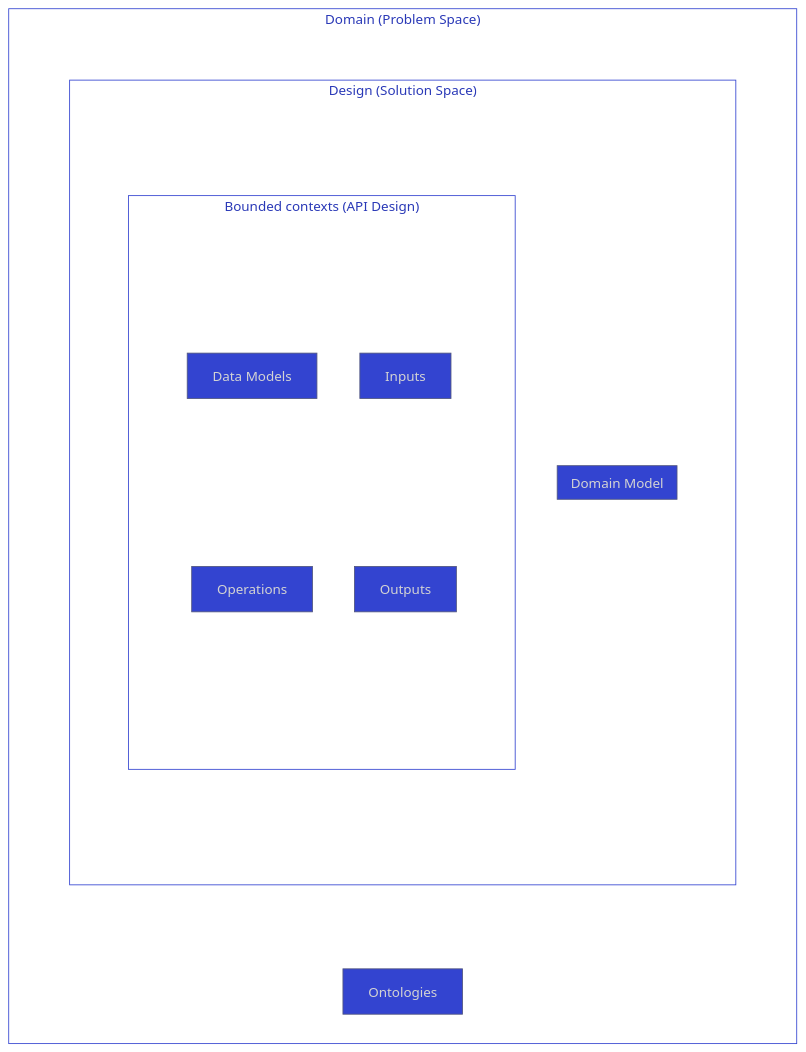
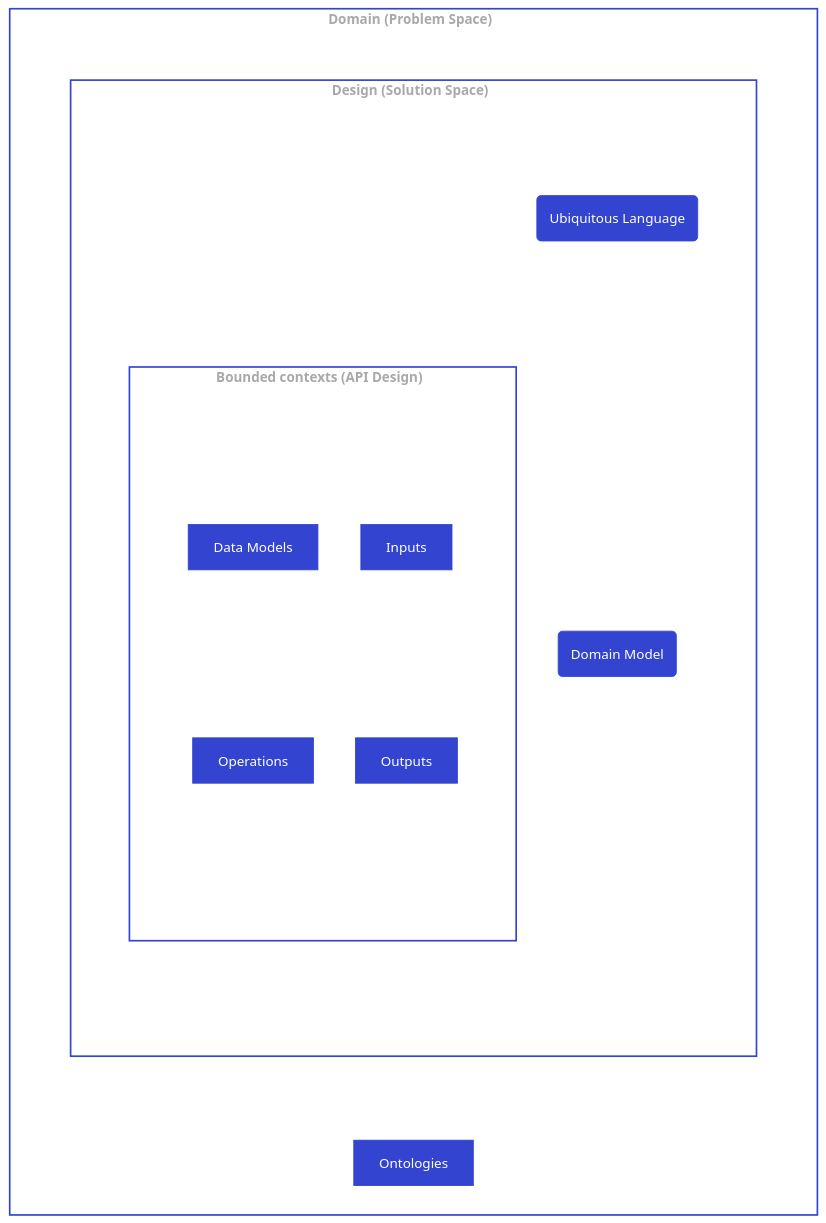
One commit to ioggstream/papers changed the second of 3 diagrams in semantics-ddd/diagrams.md. Above: the diagram before and after it, drawn with Mermaid. The commit also changed other lines of this file, not shown here.

Commit message:
DDD basic graph

````diff
--- a/semantics-ddd/diagrams.md
+++ b/semantics-ddd/diagrams.md
@@ -4,50 +46,44 @@
 ```mermaid
 
 graph TD
-%%{init: {"theme": "base", "themeVariables": { "primaryColor": "#3344d0", "primaryTextColor": "lightgray", "clusterBkg": "none", "tertiaryBorderColor": "#3344d0", "nodeTextColor": "white", "fontFamily": "Titillium"}}}%%
+%%{init: {"theme": "base", "themeVariables": { "primaryColor": "#3344d0", "primaryTextColor": "#27364e", "clusterBkg": "none", "tertiaryBorderColor": "#3344d0", "nodeTextColor": "white", "fontFamily": "Titillium"}}}%%
 
+
+    classDef cluster font-weight: bold,fill:none,color:darkgray,stroke:#3344d0,stroke-width:2px
+    classDef default fill:#3344d0,stroke:#3344d0,color:#fff,clusterBkg:none    
     classDef subgraph_padding fill:none, stroke:none
-    classDef invisible_line stroke:none
-    %% classDef default fill:#3344d0,stroke:#3344d0,color:#fff,clusterBkg:none
-    classDef subgraph_italia fill:none,color:darkgray,stroke:#3344d0,stroke-width:2px
-
-    subgraph DM [ Domain Model]
-    end
-
-    subgraph P2 ["Bounded contexts (API Design)"]
+    
+    subgraph BC ["Bounded contexts (API Design) &nbsp;"]
     subgraph Padder2 [ ]
         DataModel[Data Models] --- 
         Operations 
         Inputs ---
         Outputs
         %% Using linkStyle and --- links to display items as a square
         linkStyle 0 stroke:none
         linkStyle 1 stroke:none
     end
     end
 
-    subgraph Sol["Design (Solution Space)"]
+    subgraph Sol["Design (Solution Space) &nbsp;"]
         subgraph Padder3 [ ]
-        DM 
-        P2
+        UL(Ubiquitous Language) ---
+        DM(Domain Model)
+        BC
+        linkStyle 2 stroke:none
         end
     end
-    subgraph Domain["Domain (Problem Space)"]
+    subgraph Domain["Domain (Problem Space) &nbsp;"]
         Ontologies
         subgraph Padder1 [ ]
         Sol
         end
     end
 
-    %%class P2 subgraph_italia
-    %%class Domain subgraph_italia
-    %% class Sol subgraph_italia
     %% Padders avoid overflows in subgraphs.
-    class Padder1 subgraph_padding
-    class Padder2 subgraph_padding
-    class Padder3 subgraph_padding
+    class Padder1,Padder2,Padder3 subgraph_padding
 
 
 
 
 ```
````
